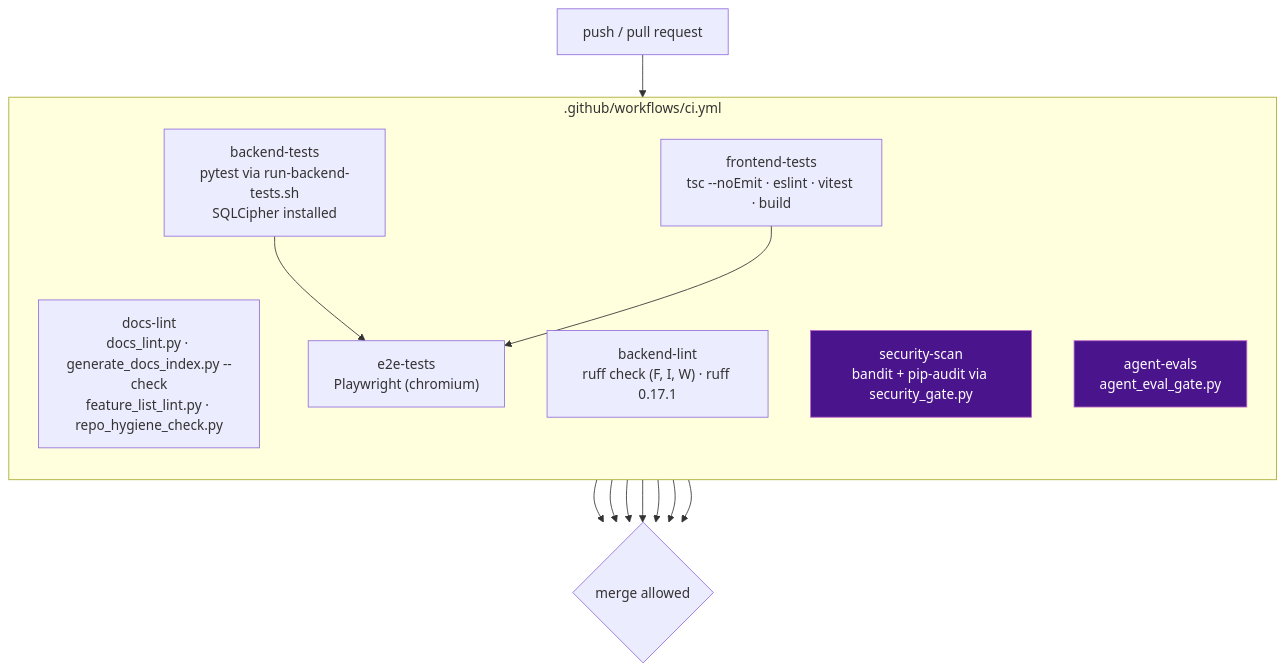
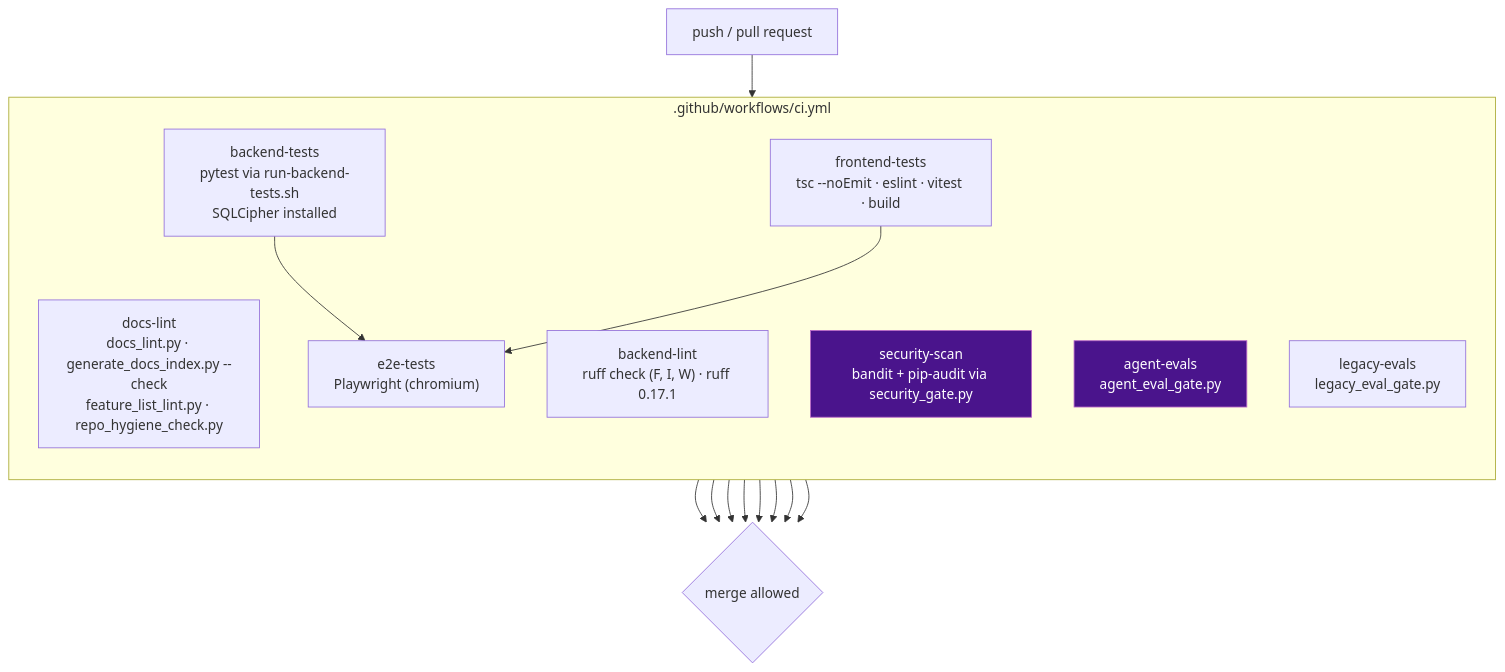
The diagram in docs/architecture/ci-and-quality-gates.md (BrooklynD23/HealthCentral), drawn with Mermaid before and after one commit. The commit also changed other lines of this file and 1 other file, not shown here.

Commit message:
docs(architecture): W-4 landed — drop the pending note (F-5 F4)

````diff
--- a/docs/architecture/ci-and-quality-gates.md
+++ b/docs/architecture/ci-and-quality-gates.md
@@ -11,29 +11,31 @@
 ```mermaid
 flowchart TD
     PUSH["push / pull request"] --> JOBS
 
     subgraph JOBS[".github/workflows/ci.yml"]
         direction TB
         DOCS["docs-lint<br/>docs_lint.py · generate_docs_index.py --check<br/>feature_list_lint.py · repo_hygiene_check.py"]
         BE["backend-tests<br/>pytest via run-backend-tests.sh<br/>SQLCipher installed"]
         LINT["backend-lint<br/>ruff check (F, I, W) · ruff 0.17.1"]
         FE["frontend-tests<br/>tsc --noEmit · eslint · vitest · build"]
         SEC["security-scan<br/>bandit + pip-audit via security_gate.py"]
         EVAL["agent-evals<br/>agent_eval_gate.py"]
+        LEGACY["legacy-evals<br/>legacy_eval_gate.py"]
         E2E["e2e-tests<br/>Playwright (chromium)"]
     end
 
     BE --> E2E
     FE --> E2E
 
     DOCS --> MERGE{"merge allowed"}
     BE --> MERGE
     LINT --> MERGE
     FE --> MERGE
     SEC --> MERGE
     EVAL --> MERGE
+    LEGACY --> MERGE
     E2E --> MERGE
 
     style EVAL fill:#4a148c,stroke:#ba68c8,color:#fff
     style SEC fill:#4a148c,stroke:#ba68c8,color:#fff
 ```
````
